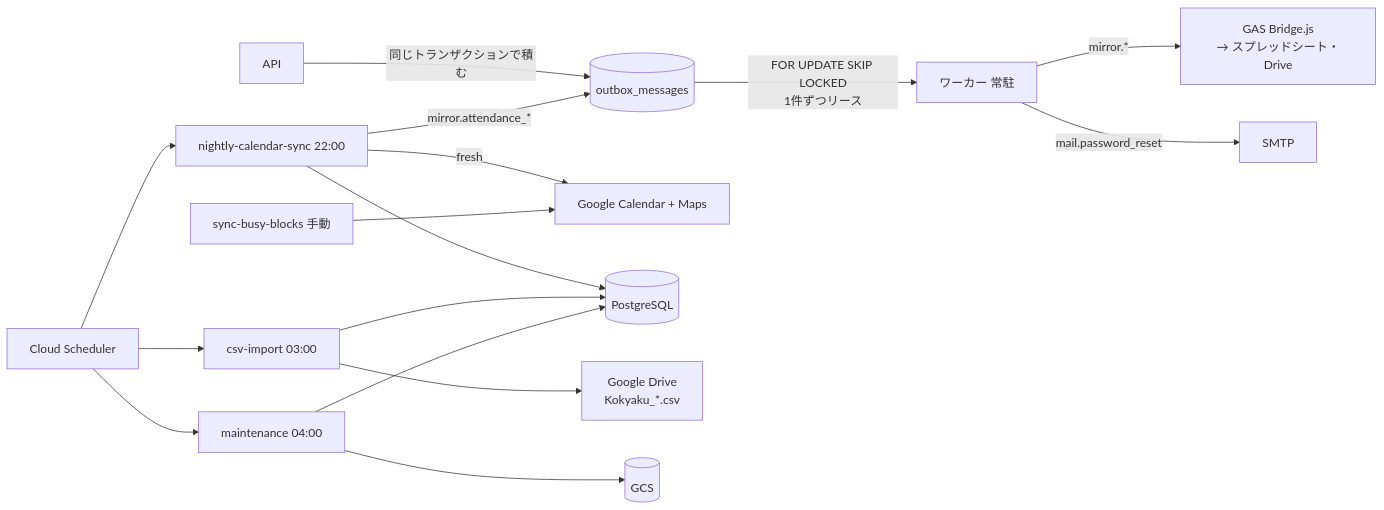
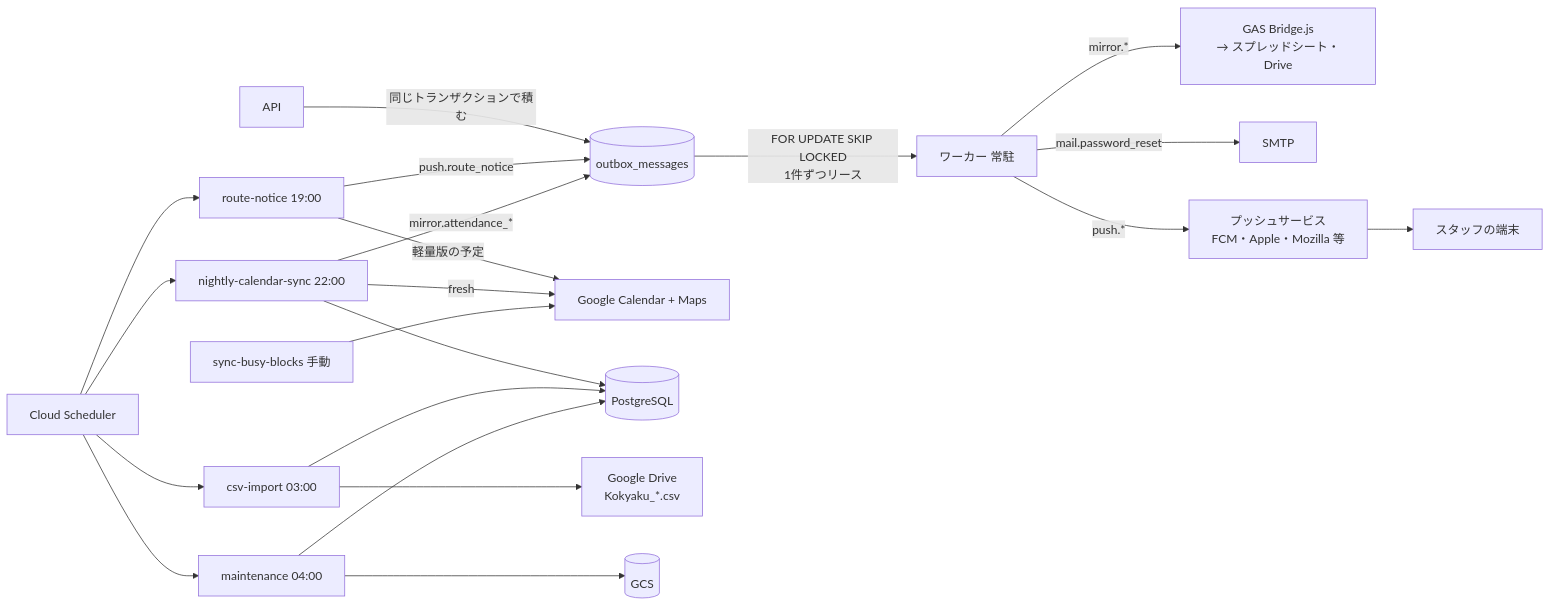
The first of 3 diagrams in doc/05_バッチ・外部連携.md (katahimo-dev/katahimo-app), drawn with Mermaid before and after one commit. The commit also changed other lines of this file and 10 other files, not shown here.

````diff
--- a/doc/05_バッチ・外部連携.md
+++ b/doc/05_バッチ・外部連携.md
@@ -14,18 +15,22 @@
 ```mermaid
 flowchart LR
   api[API] -->|同じトランザクションで積む| outbox[(outbox_messages)]
   outbox -->|FOR UPDATE SKIP LOCKED<br/>1件ずつリース| worker[ワーカー 常駐]
   worker -->|mirror.*| bridge[GAS Bridge.js<br/>→ スプレッドシート・Drive]
   worker -->|mail.password_reset| smtp[SMTP]
-  sched[Cloud Scheduler] --> j1[nightly-calendar-sync 22:00]
+  worker -->|push.*| pushsvc[プッシュサービス<br/>FCM・Apple・Mozilla 等] --> device[スタッフの端末]
+  sched[Cloud Scheduler] --> j0[route-notice 19:00]
+  j0 -->|軽量版の予定| cal
+  j0 -->|push.route_notice| outbox
+  sched --> j1[nightly-calendar-sync 22:00]
   sched --> j2[csv-import 03:00]
   sched --> j3[maintenance 04:00]
   j1 -->|fresh| cal[Google Calendar + Maps]
   j1 --> db[(PostgreSQL)]
   j1 -->|mirror.attendance_*| outbox
   j2 --> drive[Google Drive<br/>Kokyaku_*.csv] 
   j2 --> db
   j3 --> db
   j3 --> gcs[(GCS)]
   j4[sync-busy-blocks 手動] --> cal
 ```
````
